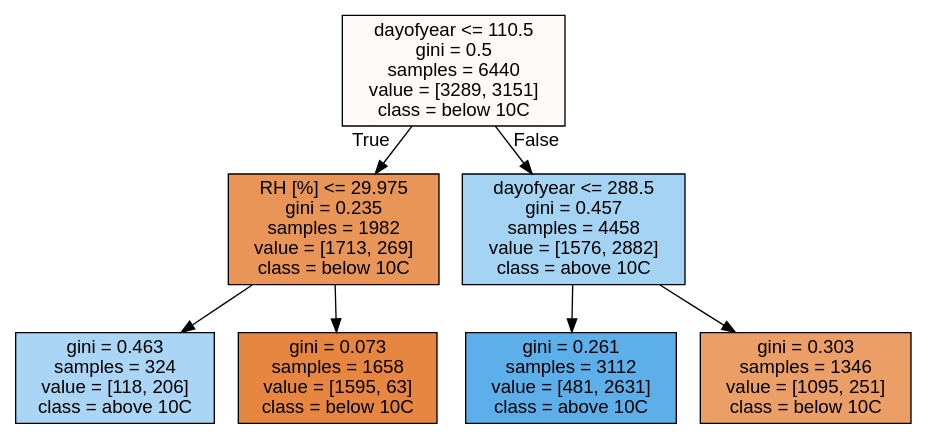
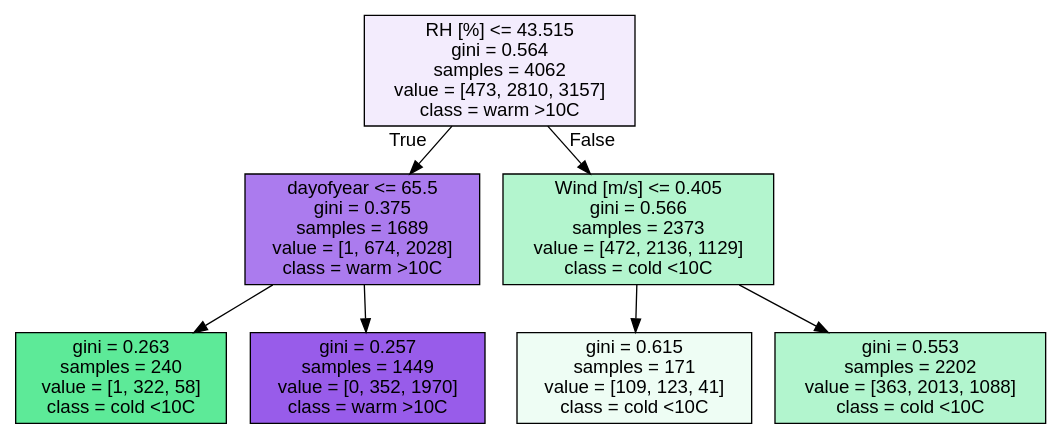
One commit to eabarnes1010/course_ml_ats changed the diagram in figures/tree_classifier_christman.dot. Above: the diagram before and after it, drawn with Graphviz. The commit also changed 2 other files, not shown here.

```diff
--- a/figures/tree_classifier_christman.dot
+++ b/figures/tree_classifier_christman.dot
@@ -1,17 +1,17 @@
 digraph Tree {
 node [shape=box, style="filled", color="black", fontname="helvetica"] ;
 edge [fontname="helvetica"] ;
-0 [label="dayofyear <= 110.5\ngini = 0.5\nsamples = 6440\nvalue = [3289, 3151]\nclass = below 10C", fillcolor="#fefaf7"] ;
-1 [label="RH [%] <= 29.975\ngini = 0.235\nsamples = 1982\nvalue = [1713, 269]\nclass = below 10C", fillcolor="#e99558"] ;
+0 [label="RH [%] <= 43.515\ngini = 0.564\nsamples = 4062\nvalue = [473, 2810, 3157]\nclass = warm >10C", fillcolor="#f3ecfd"] ;
+1 [label="dayofyear <= 65.5\ngini = 0.375\nsamples = 1689\nvalue = [1, 674, 2028]\nclass = warm >10C", fillcolor="#ab7bee"] ;
 0 -> 1 [labeldistance=2.5, labelangle=45, headlabel="True"] ;
-2 [label="gini = 0.463\nsamples = 324\nvalue = [118, 206]\nclass = above 10C", fillcolor="#aad5f4"] ;
+2 [label="gini = 0.263\nsamples = 240\nvalue = [1, 322, 58]\nclass = cold <10C", fillcolor="#5dea98"] ;
 1 -> 2 ;
-3 [label="gini = 0.073\nsamples = 1658\nvalue = [1595, 63]\nclass = below 10C", fillcolor="#e68641"] ;
+3 [label="gini = 0.257\nsamples = 1449\nvalue = [0, 352, 1970]\nclass = warm >10C", fillcolor="#985cea"] ;
 1 -> 3 ;
-4 [label="dayofyear <= 288.5\ngini = 0.457\nsamples = 4458\nvalue = [1576, 2882]\nclass = above 10C", fillcolor="#a5d3f3"] ;
+4 [label="Wind [m/s] <= 0.405\ngini = 0.566\nsamples = 2373\nvalue = [472, 2136, 1129]\nclass = cold <10C", fillcolor="#b3f5ce"] ;
 0 -> 4 [labeldistance=2.5, labelangle=-45, headlabel="False"] ;
-5 [label="gini = 0.261\nsamples = 3112\nvalue = [481, 2631]\nclass = above 10C", fillcolor="#5dafea"] ;
+5 [label="gini = 0.615\nsamples = 171\nvalue = [109, 123, 41]\nclass = cold <10C", fillcolor="#eefdf4"] ;
 4 -> 5 ;
-6 [label="gini = 0.303\nsamples = 1346\nvalue = [1095, 251]\nclass = below 10C", fillcolor="#eb9e66"] ;
+6 [label="gini = 0.553\nsamples = 2202\nvalue = [363, 2013, 1088]\nclass = cold <10C", fillcolor="#b2f5ce"] ;
 4 -> 6 ;
 }
```
